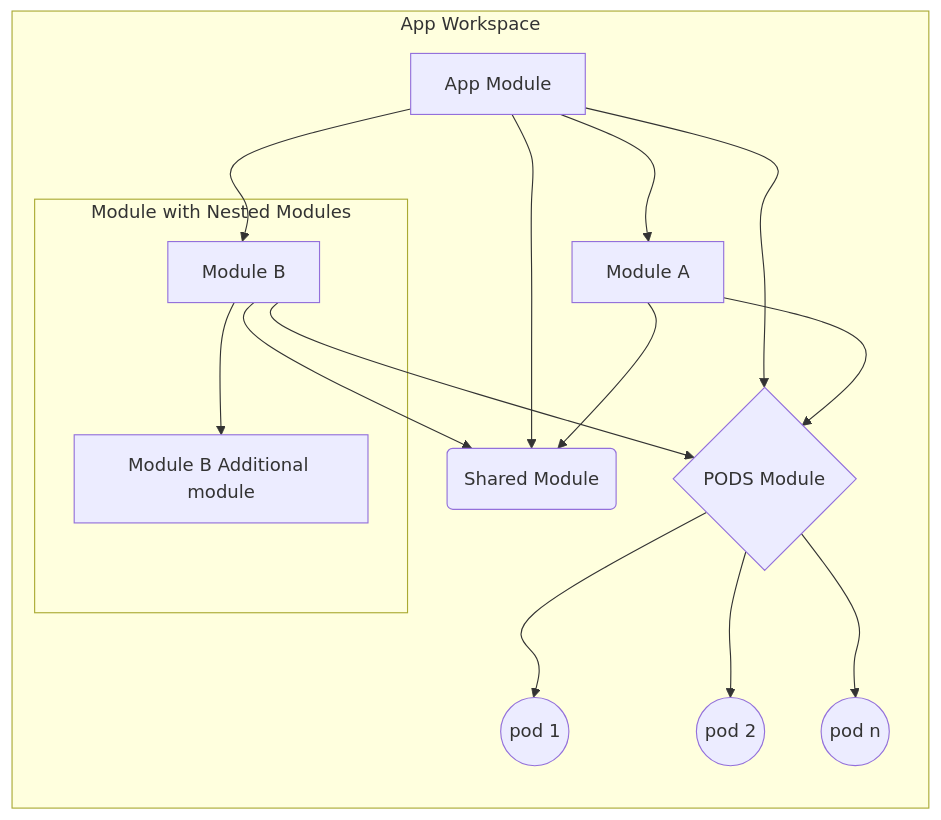
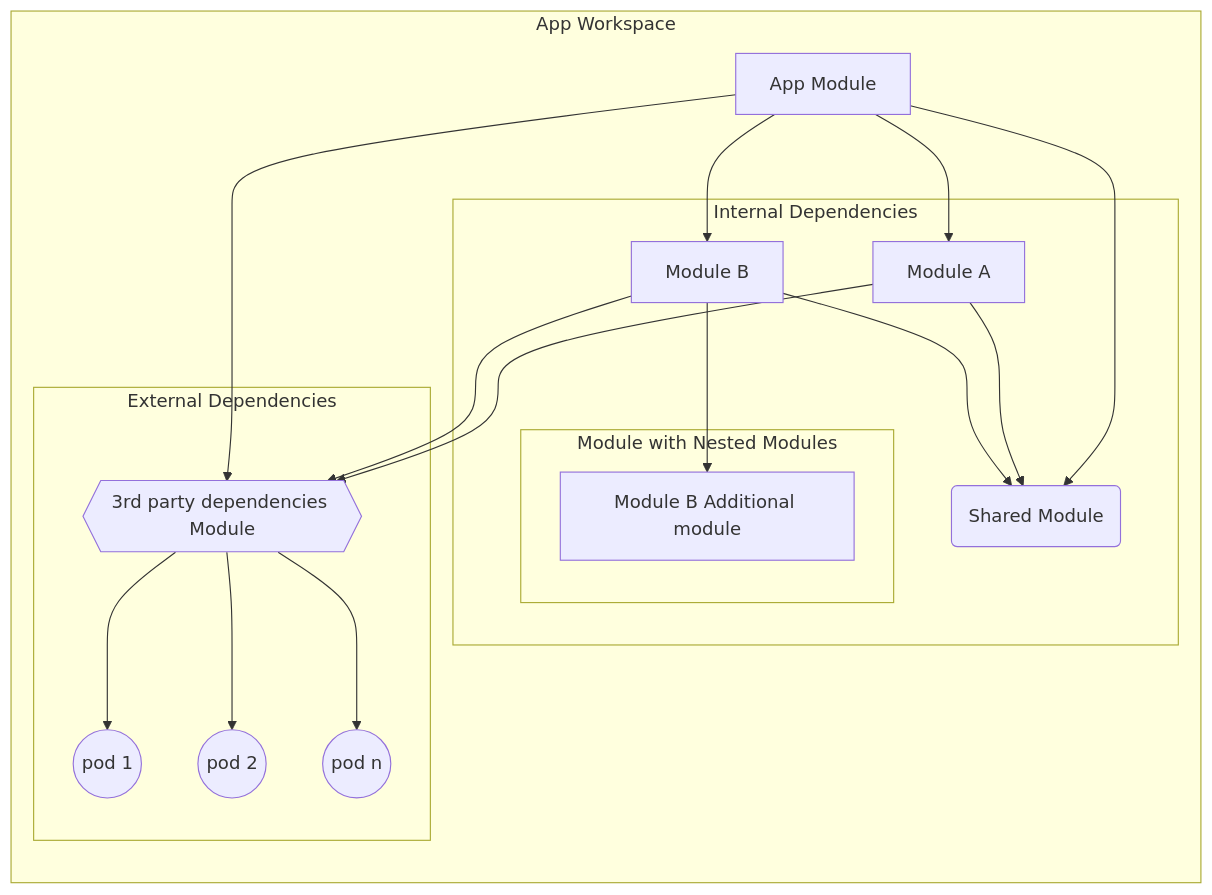
The diagram in README.md (anton-alekseev-amo/modularized_test_a), drawn with Mermaid before and after one commit.

Commit message:
some graph improvements

````diff
--- a/README.md
+++ b/README.md
@@ -6,14 +6,25 @@
 ```mermaid
-%%{ init: { 'flowchart': { 'curve': 'natural' } } }%%
 graph BT
 subgraph  App Workspace
-A[App Module] --> B[Module A]
-A --> C[Module B]
-subgraph Module with Nested Modules
-C --> C1[Module B Additional module]
+	A[App Module]
+	subgraph  Internal Dependencies
+		B[Module A]
+		C[Module B]
+		subgraph Module with Nested Modules
+			C1[Module B Additional module]
+		end
+		D(Shared Module)
+	end
+	subgraph External Dependencies
+		E{{3rd party dependencies Module}}
+		F((pod 1))
+		G((pod 2))
+		H((pod n))
+	end
 end
-A & B & C --> D(Shared Module)
-A & B & C --> E{PODS Module}
-E --> F((pod 1)) & G((pod 2)) & H((pod n))
-end
+A --> B & C
+C --> C1
+A & B & C --> D
+A & B & C --> E
+E --> F & G & H
 ```
````
